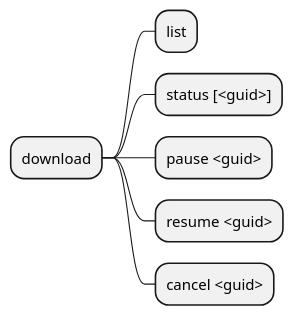
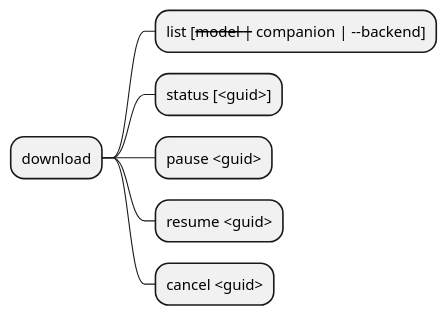
Before and after one commit to mstranich/coquena: the fourth of 13 diagrams in docs/comandos.md, drawn with PlantUML. The commit also changed other lines of this file and 4 other files, not shown here.

````diff
--- a/docs/comandos.md
+++ b/docs/comandos.md
@@ -131,10 +152,10 @@
 ```plantuml
 @startmindmap
 * download
-** list
+** list [--model | --companion | --backend]
 ** status [<guid>]
 ** pause <guid>
 ** resume <guid>
 ** cancel <guid>
 @endmindmap
 ```
````
